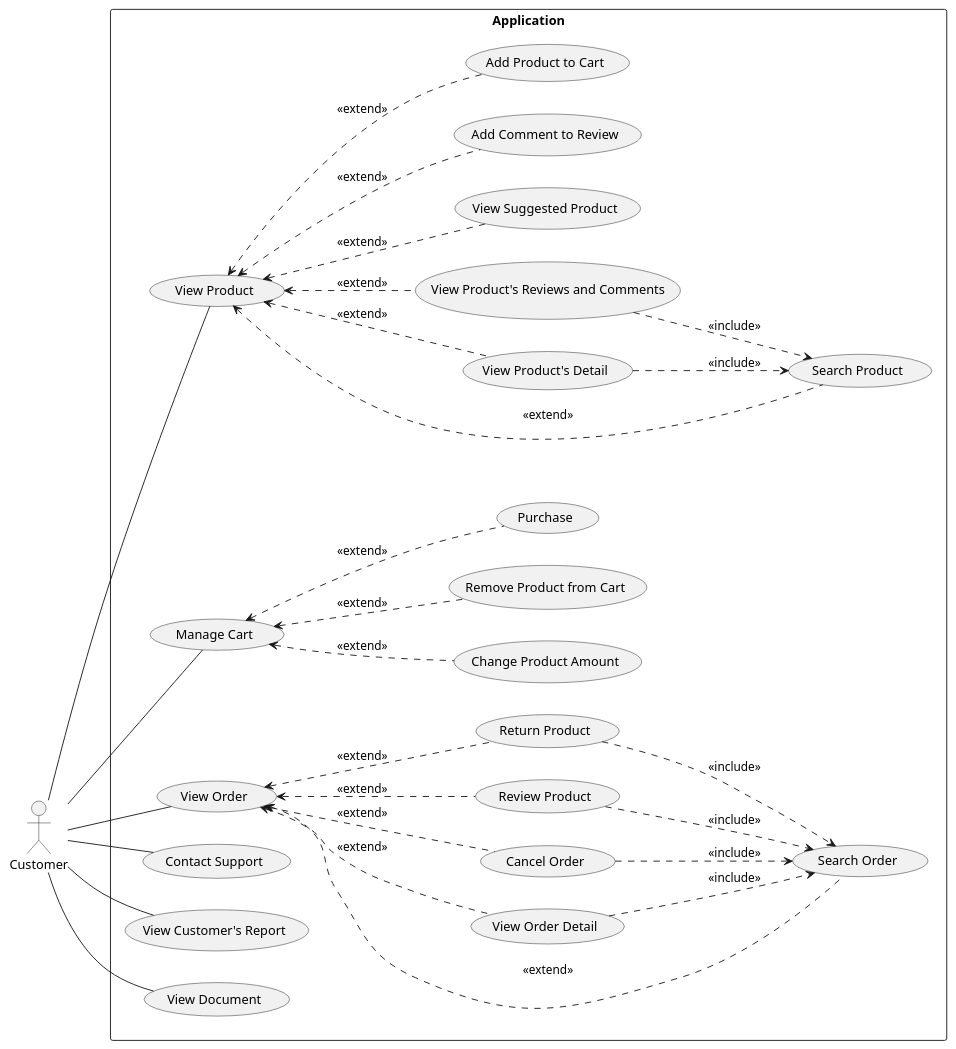
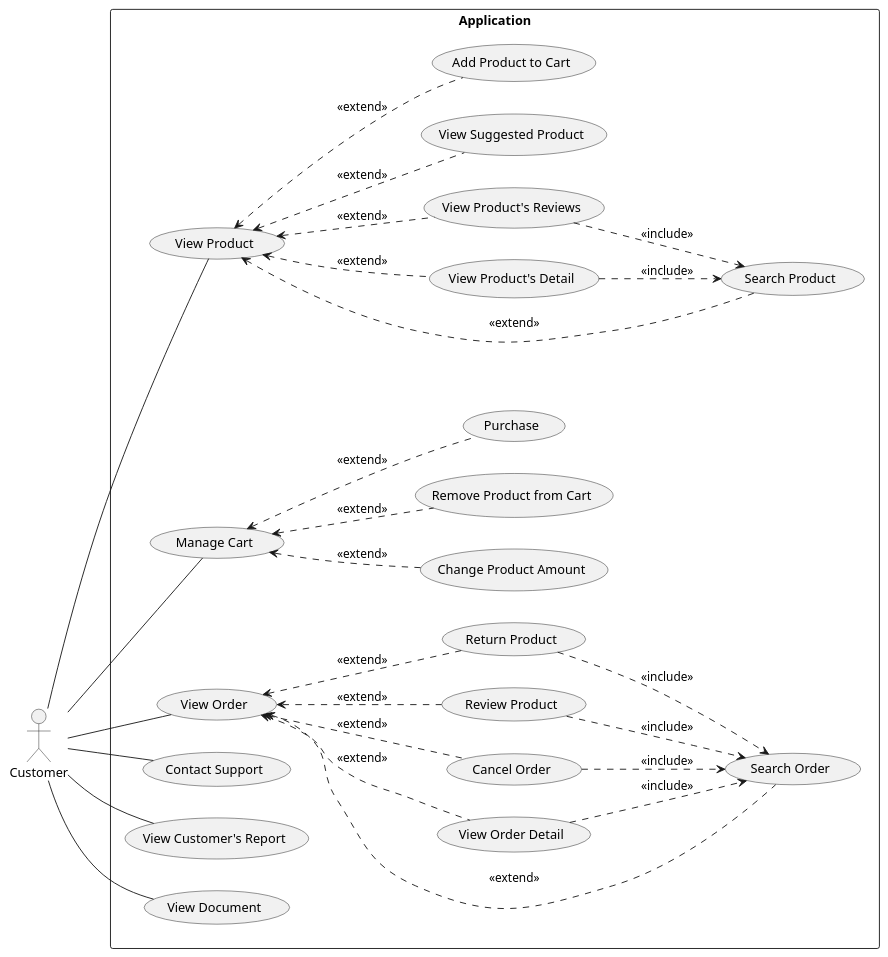
Before and after one commit to electricilies/electricilies.github.io: the diagram in docs/docs/use-case/customer.md, drawn with PlantUML. The commit also changed other lines of this file and 17 other files, not shown here.

Commit message:
feat: remove comment for review

````diff
--- a/docs/docs/use-case/customer.md
+++ b/docs/docs/use-case/customer.md
@@ -3,58 +3,56 @@
 ```plantuml
 @startuml
 left to right direction
 actor Customer
 
 rectangle "Application" {
   usecase UC01 as "View Product"
   usecase UC02 as "Search Product"
   usecase UC03 as "View Product's Detail"
-  usecase UC04 as "View Product's Reviews and Comments"
+  usecase UC04 as "View Product's Reviews"
   usecase UC05 as "View Suggested Product"
-  usecase UC06 as "Add Comment to Review"
-  usecase UC07 as "Add Product to Cart"
-  usecase UC08 as "Manage Cart"
-  usecase UC09 as "Change Product Amount"
-  usecase UC10 as "Remove Product from Cart"
-  usecase UC11 as "Purchase"
-  usecase UC12 as "View Order"
-  usecase UC13 as "Search Order"
-  usecase UC14 as "View Order Detail"
-  usecase UC15 as "Cancel Order"
-  usecase UC16 as "Review Product"
-  usecase UC17 as "Return Product"
-  usecase UC18 as "Contact Support"
-  usecase UC19 as "View Customer's Report"
-  usecase UC20 as "View Document"
+  usecase UC06 as "Add Product to Cart"
+  usecase UC07 as "Manage Cart"
+  usecase UC08 as "Change Product Amount"
+  usecase UC09 as "Remove Product from Cart"
+  usecase UC10 as "Purchase"
+  usecase UC11 as "View Order"
+  usecase UC12 as "Search Order"
+  usecase UC13 as "View Order Detail"
+  usecase UC14 as "Cancel Order"
+  usecase UC15 as "Review Product"
+  usecase UC16 as "Return Product"
+  usecase UC17 as "Contact Support"
+  usecase UC18 as "View Customer's Report"
+  usecase UC19 as "View Document"
 }
 
 Customer -- UC01
-Customer -- UC08
-Customer -- UC12
+Customer -- UC07
+Customer -- UC11
+Customer -- UC17
 Customer -- UC18
 Customer -- UC19
-Customer -- UC20
 
 UC01 <.. UC02 : <<extend>>
 UC01 <.. UC03 : <<extend>>
 UC01 <.. UC04 : <<extend>>
 UC01 <.. UC05 : <<extend>>
 UC01 <.. UC06 : <<extend>>
-UC01 <.. UC07 : <<extend>>
 UC03 ..> UC02 : <<include>>
 UC04 ..> UC02 : <<include>>
-UC08 <.. UC09 : <<extend>>
-UC08 <.. UC10 : <<extend>>
-UC08 <.. UC11 : <<extend>>
-UC12 <.. UC13 : <<extend>>
-UC12 <.. UC14 : <<extend>>
-UC12 <.. UC15 : <<extend>>
-UC12 <.. UC16 : <<extend>>
-UC12 <.. UC17 : <<extend>>
-UC14 ..> UC13 : <<include>>
-UC15 ..> UC13 : <<include>>
-UC16 ..> UC13 : <<include>>
-UC17 ..> UC13 : <<include>>
+UC07 <.. UC08 : <<extend>>
+UC07 <.. UC09 : <<extend>>
+UC07 <.. UC10 : <<extend>>
+UC11 <.. UC12 : <<extend>>
+UC11 <.. UC13 : <<extend>>
+UC11 <.. UC14 : <<extend>>
+UC11 <.. UC15 : <<extend>>
+UC11 <.. UC16 : <<extend>>
+UC13 ..> UC12 : <<include>>
+UC14 ..> UC12 : <<include>>
+UC15 ..> UC12 : <<include>>
+UC16 ..> UC12 : <<include>>
 
 @enduml
 ```
````
